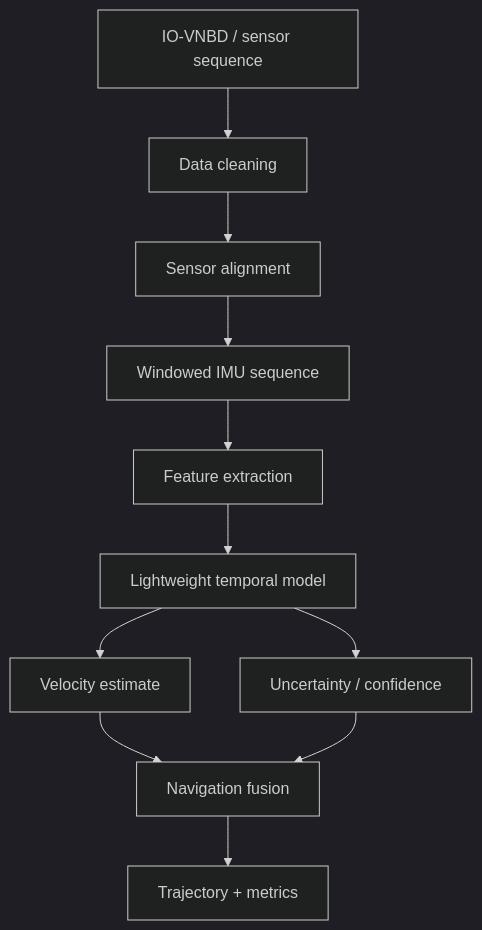
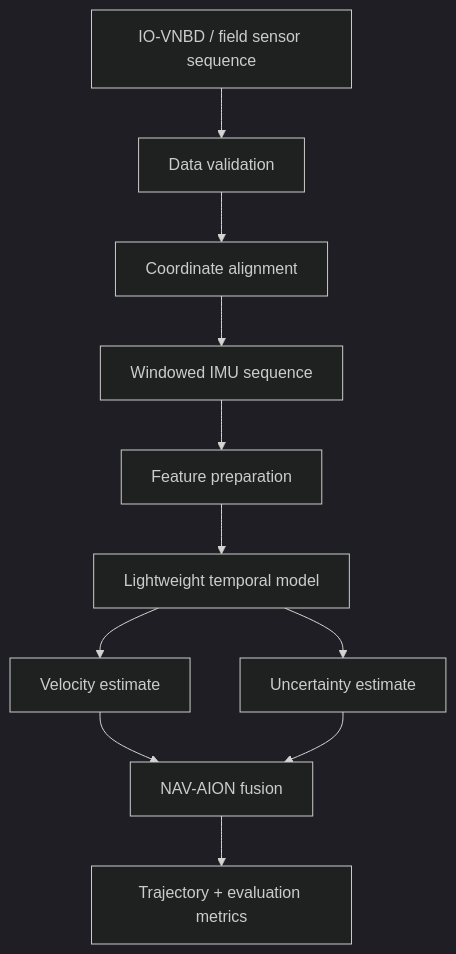
Before and after one commit to abidshareef/SIH26168: the third of 4 diagrams in README.md, drawn with Mermaid (dark theme). The commit also changed other lines of this file, not shown here.

Commit message:
Rewrite README for NAV-AION

````diff
--- a/README.md
+++ b/README.md
@@ -179,13 +140,13 @@
 ```mermaid
 flowchart TD
-    A[IO-VNBD / sensor sequence] --> B[Data cleaning]
-    B --> C[Sensor alignment]
+    A[IO-VNBD / field sensor sequence] --> B[Data validation]
+    B --> C[Coordinate alignment]
     C --> D[Windowed IMU sequence]
-    D --> E[Feature extraction]
+    D --> E[Feature preparation]
     E --> F[Lightweight temporal model]
     F --> G[Velocity estimate]
-    F --> H[Uncertainty / confidence]
-    G --> I[Navigation fusion]
+    F --> H[Uncertainty estimate]
+    G --> I[NAV-AION fusion]
     H --> I
-    I --> J[Trajectory + metrics]
+    I --> J[Trajectory + evaluation metrics]
 ```
````
